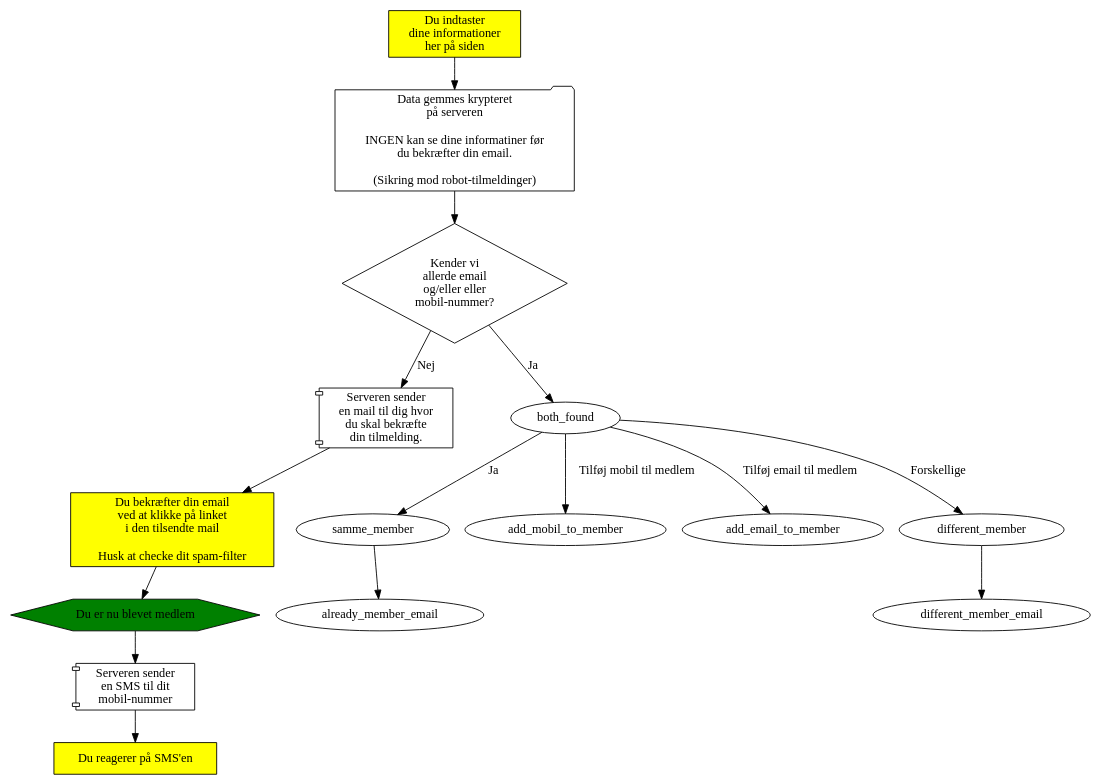
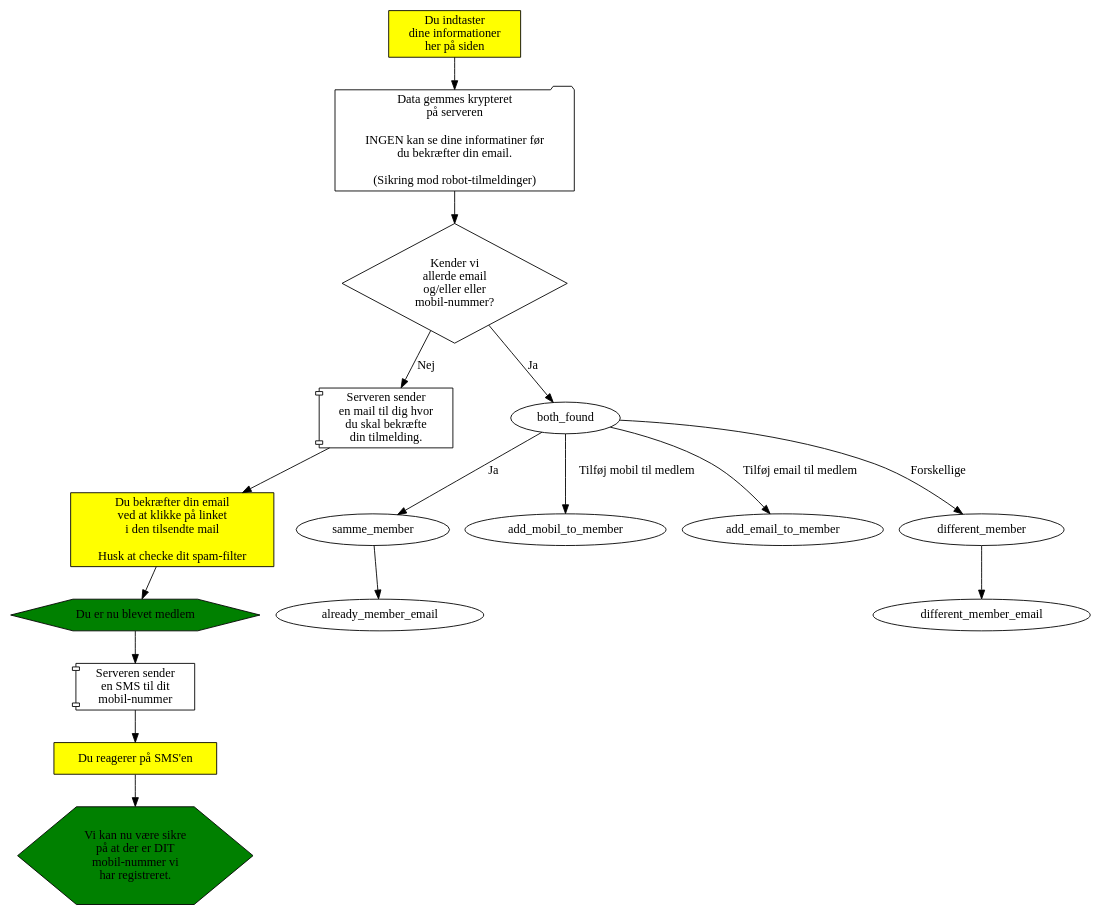
The diagram in medlemskab/indmeldelse.dot (alslug/alslug.dk), drawn with Graphviz before and after one commit.

```diff
--- a/medlemskab/indmeldelse.dot
+++ b/medlemskab/indmeldelse.dot
@@ -1,24 +1,28 @@
 digraph indmeldelse {
   { # Dine handlinger
     node [ shape=box style=filled fillcolor=yellow ];
     indtast                [label="Du indtaster\ndine informationer\nher på siden"];
     confirm_email          [label="Du bekræfter din email\nved at klikke på linket\ni den tilsendte mail\n\nHusk at checke dit spam-filter"];
     confirm_sms            [label="Du reagerer på SMS'en"];
   }
   send_tilmelding        [shape=folder label="Data gemmes krypteret\npå serveren\n\nINGEN kan se dine informatiner før\ndu bekræfter din email.\n\n(Sikring mod robot-tilmeldinger)"];
   { # Server-aktiviteter
     node [shape=component];
     server_sender_ny_email [label="Serveren sender\nen mail til dig hvor\ndu skal bekræfte\ndin tilmelding."];
     server_sender_sms      [label="Serveren sender\nen SMS til dit\nmobil-nummer"];
   }
+  { # Results
+    node [shape=hexagon   style=filled fillcolor=green ];
+    du_biver_medlem  [label="Du er nu blevet medlem"];
+    mobile_ok        [label="Vi kan nu være sikre\npå at der er DIT\nmobil-nummer vi\nhar registreret."]; 
+  }
 
   findes_allerede        [shape=diamond                                 label="Kender vi\nallerde email\nog/eller eller\nmobil-nummer?"];
-  du_biver_medlem        [shape=hexagon   style=filled fillcolor=green  label="Du er nu blevet medlem"];
   
   indtast -> send_tilmelding -> findes_allerede;
-                                findes_allerede -> server_sender_ny_email [label="Nej"];  server_sender_ny_email -> confirm_email -> du_biver_medlem -> server_sender_sms -> confirm_sms;
+                                findes_allerede -> server_sender_ny_email [label="Nej"];  server_sender_ny_email -> confirm_email -> du_biver_medlem -> server_sender_sms -> confirm_sms -> mobile_ok;
                                 findes_allerede -> both_found             [label="Ja"];   both_found -> samme_member        [label="Ja"];                      samme_member -> already_member_email;
                                                                                           both_found -> add_mobil_to_member [label="Tilføj mobil til medlem"];
                                                                                           both_found -> add_email_to_member [label="Tilføj email til medlem"];
                                                                                           both_found -> different_member    [label="Forskellige"];             different_member -> different_member_email;
 }
```
